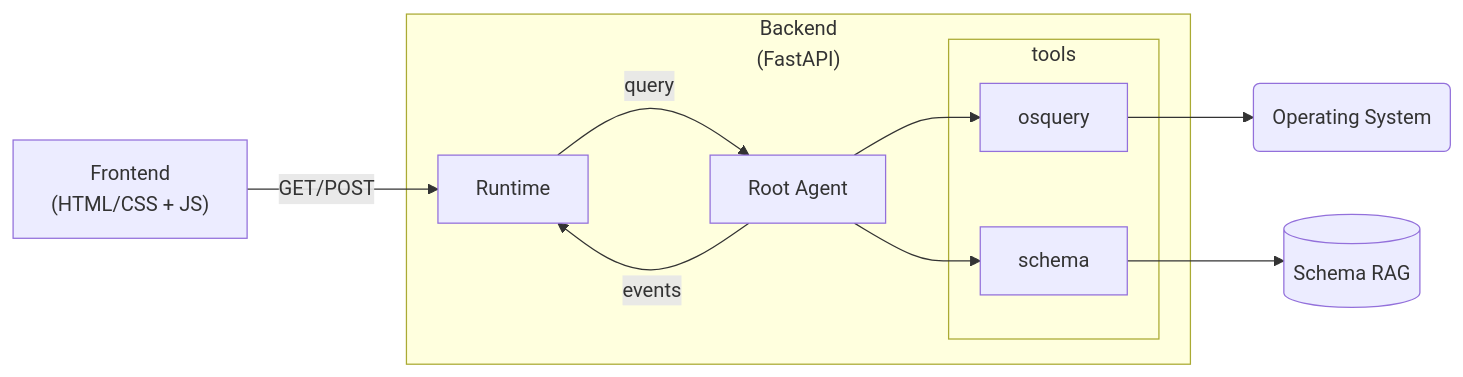
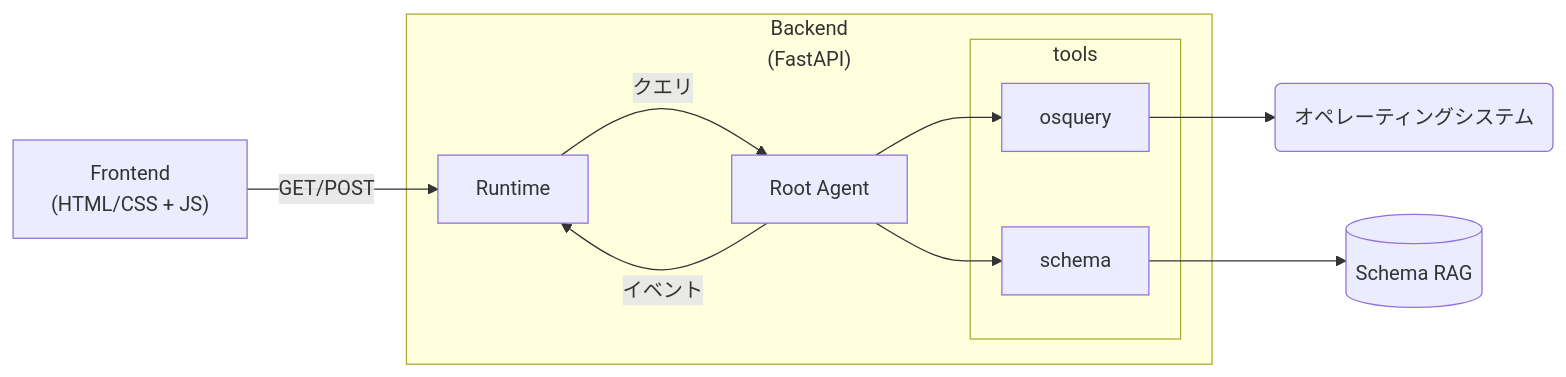
One commit to danicat/danicat.dev changed the diagram in content/posts/20251031-building-aida/index.ja.md. Above: the diagram before and after it, drawn with Mermaid. The commit also changed other lines of this file and 18 other files, not shown here.

```diff
--- a/content/posts/20251031-building-aida/index.ja.md
+++ b/content/posts/20251031-building-aida/index.ja.md
@@ -49,29 +46,28 @@
 {{< mermaid >}}
 flowchart LR
     frontend["`Frontend
-    (HTML/CSS + JS)
-    `"]
+    (HTML/CSS + JS)`"]
     runtime[Runtime]
     root["Root Agent"]
     osquery["osquery"]
     schema["schema"]
     rag[("Schema RAG")]
-    os("Operating System")
+    os("オペレーティングシステム")
     
     frontend -->|GET/POST| runtime
     
     subgraph be ["`Backend
     (FastAPI)`"]
-    runtime -- query --> root
-    root -- events --> runtime
+    runtime -- クエリ --> root
+    root -- イベント --> runtime
     root --> osquery
     root --> schema
     subgraph tools
     osquery
     schema
     end
     end
     
     osquery --> os
     schema --> rag
 {{< /mermaid >}}
```
